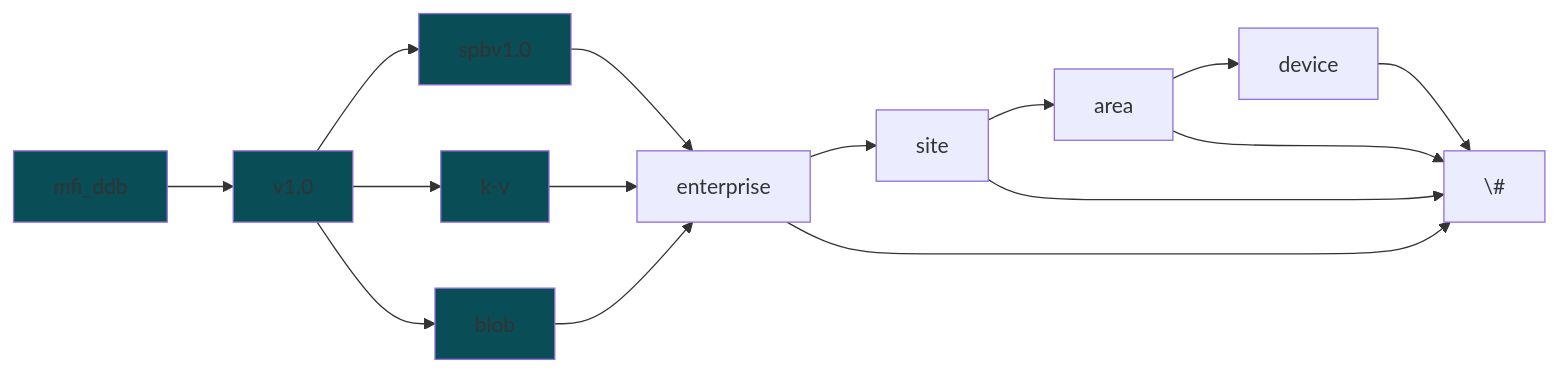
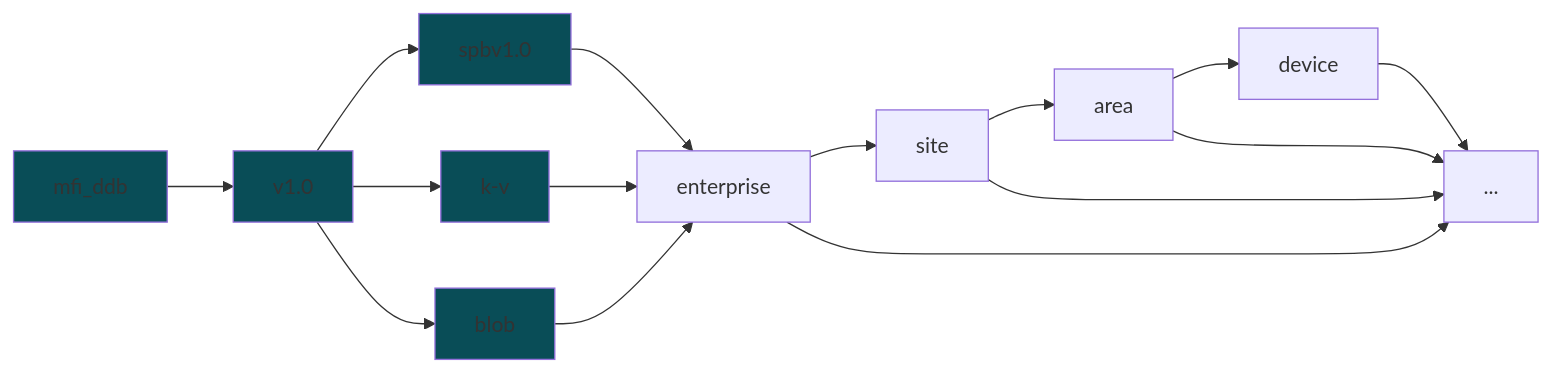
The diagram in schema/README.md (cmu-mfi/mfi_ddb_library), drawn with Mermaid before and after one commit. The commit also changed other lines of this file, not shown here.

Commit message:
unsupported #

````diff
--- a/schema/README.md
+++ b/schema/README.md
@@ -13,17 +13,17 @@
 ```mermaid
 flowchart LR;
     A[mfi_ddb]-->B[v1.0];
     B --> C[spbv1.0] --> F["enterprise"];
     B --> D[k-v] --> F;
     B --> E[blob] --> F;
     F --> G["site"];
     G --> H["area"];
     H --> I["device"];
-    I --> X["\#"];
+    I --> X["..."];
     F --> X;
     G --> X;
     H --> X;
 
     classDef highlight fill:#094d57
     class A,B,C,D,E highlight
 ```
````
